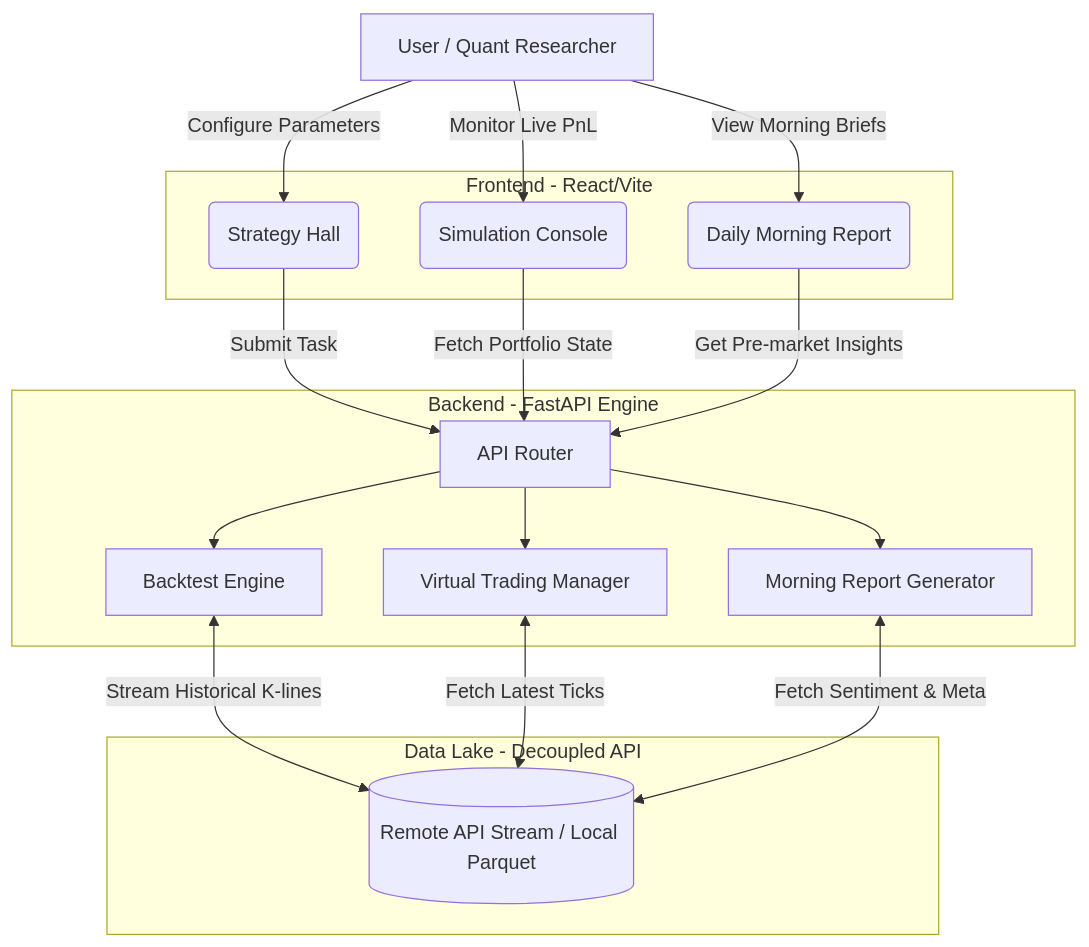
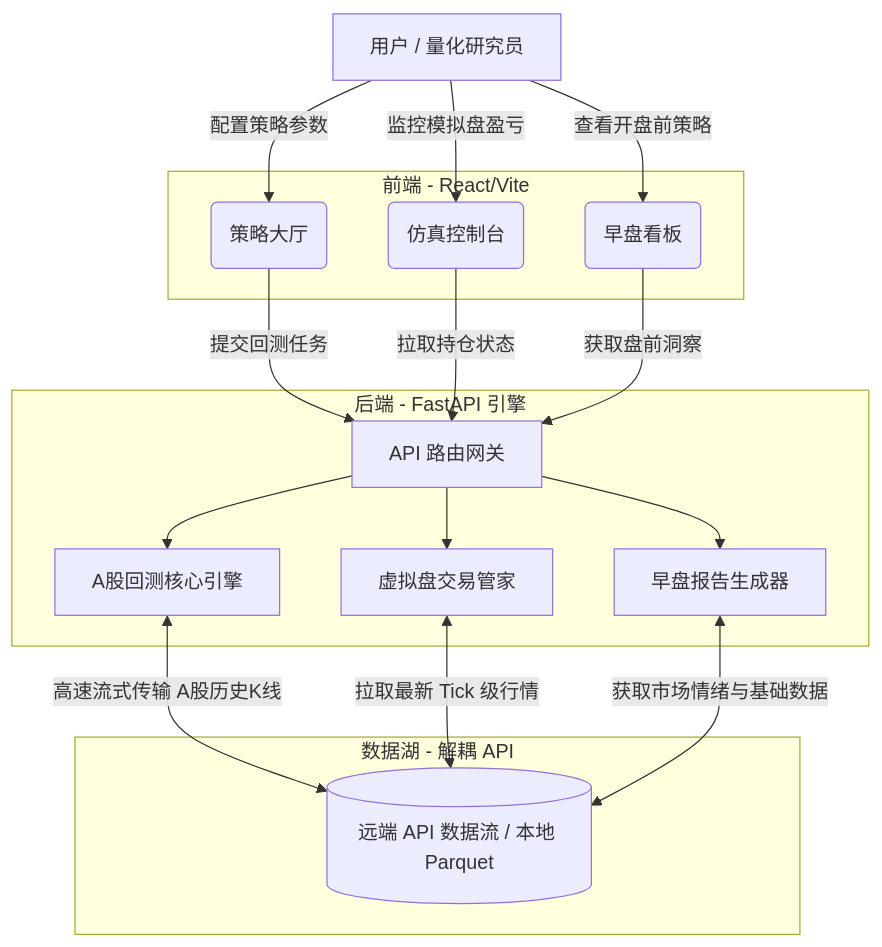
One commit to sjxxiaojun/quant-viz-backtest changed the diagram in README.md. Above: the diagram before and after it, drawn with Mermaid. The commit also changed other lines of this file, not shown here.

````diff
--- a/README.md
+++ b/README.md
@@ -49,35 +50,35 @@
 ```mermaid
 graph TD
-    A[User / Quant Researcher] -->|Configure Parameters| B(Strategy Hall)
-    A -->|Monitor Live PnL| C(Simulation Console)
-    A -->|View Morning Briefs| D(Daily Morning Report)
+    A[用户 / 量化研究员] -->|配置策略参数| B(策略大厅)
+    A -->|监控模拟盘盈亏| C(仿真控制台)
+    A -->|查看开盘前策略| D(早盘看板)
     
-    subgraph Frontend [Frontend - React/Vite]
+    subgraph 前端 [前端 - React/Vite]
         B
         C
         D
     end
     
-    subgraph Backend [Backend - FastAPI Engine]
-        E[API Router]
-        F[Backtest Engine]
-        G[Virtual Trading Manager]
-        I[Morning Report Generator]
+    subgraph 后端 [后端 - FastAPI 引擎]
+        E[API 路由网关]
+        F[A股回测核心引擎]
+        G[虚拟盘交易管家]
+        I[早盘报告生成器]
     end
 
-    subgraph DataLake [Data Lake - Decoupled API]
-        H[(Remote API Stream / Local Parquet)]
+    subgraph 数据湖 [数据湖 - 解耦 API]
+        H[(远端 API 数据流 / 本地 Parquet)]
     end
 
-    B -->|Submit Task| E
-    C -->|Fetch Portfolio State| E
-    D -->|Get Pre-market Insights| E
+    B -->|提交回测任务| E
+    C -->|拉取持仓状态| E
+    D -->|获取盘前洞察| E
     
     E --> F
     E --> G
     E --> I
     
-    F <-->|Stream Historical K-lines| H
-    G <-->|Fetch Latest Ticks| H
-    I <-->|Fetch Sentiment & Meta| H
+    F <-->|高速流式传输 A股历史K线| H
+    G <-->|拉取最新 Tick 级行情| H
+    I <-->|获取市场情绪与基础数据| H
 ```
````
